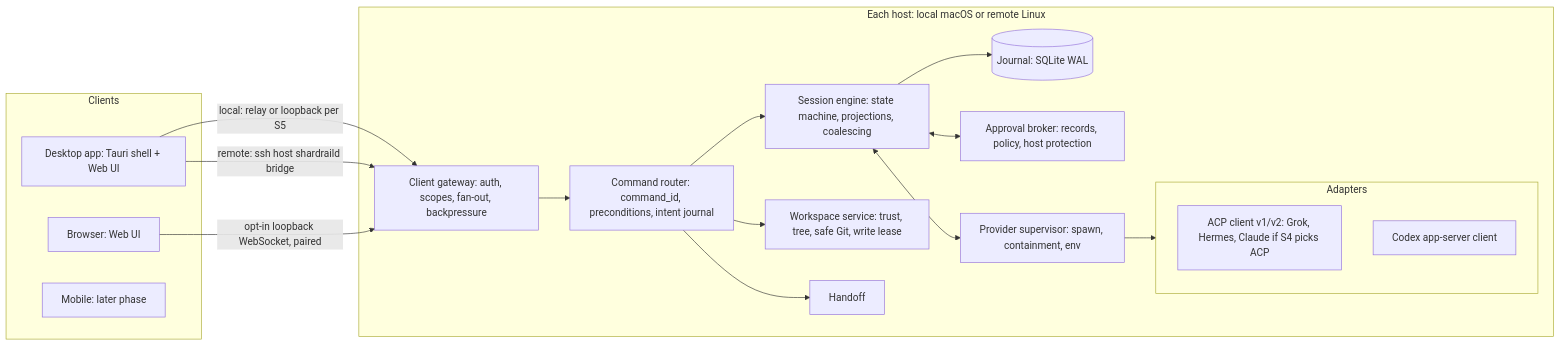
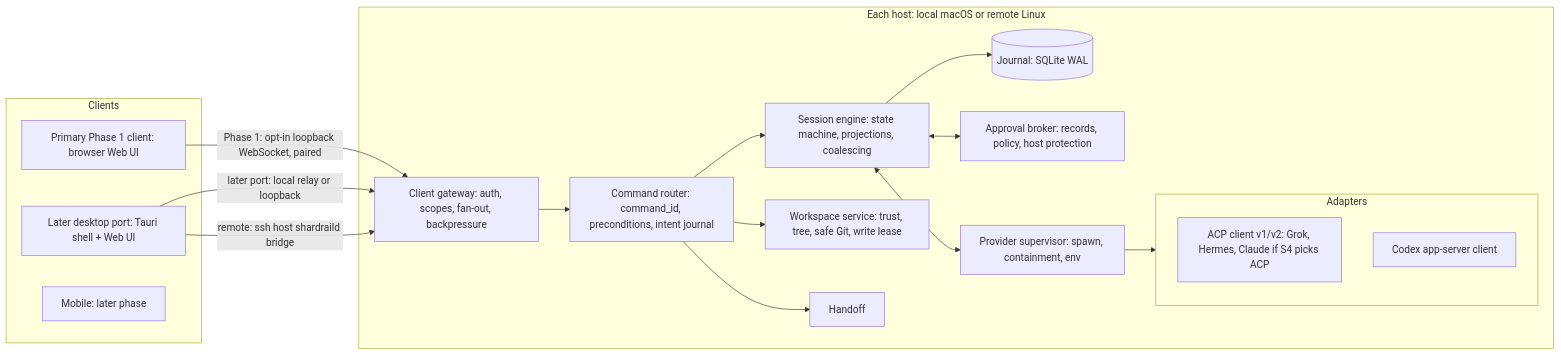
The diagram in planning/02-architecture.md (ForkHorizon/Shardrail), drawn with Mermaid before and after one commit. The commit also changed other lines of this file and 9 other files, not shown here.

Commit message:
docs: plan browser-first Phase 1

````diff
--- a/planning/02-architecture.md
+++ b/planning/02-architecture.md
@@ -10,31 +11,31 @@
 ```mermaid
 flowchart LR
   subgraph clients [Clients]
-    Desk[Desktop app: Tauri shell + Web UI]
-    Brw[Browser: Web UI]
+    Brw[Primary Phase 1 client: browser Web UI]
+    Desk[Later desktop port: Tauri shell + Web UI]
     Mob[Mobile: later phase]
   end
   subgraph host [Each host: local macOS or remote Linux]
     GW[Client gateway: auth, scopes, fan-out, backpressure]
     CMD[Command router: command_id, preconditions, intent journal]
     SES[Session engine: state machine, projections, coalescing]
     JR[(Journal: SQLite WAL)]
     APB[Approval broker: records, policy, host protection]
     SUP[Provider supervisor: spawn, containment, env]
     WS[Workspace service: trust, tree, safe Git, write lease]
     HO[Handoff]
     subgraph adapters [Adapters]
       ACP[ACP client v1/v2: Grok, Hermes, Claude if S4 picks ACP]
       CDX[Codex app-server client]
     end
   end
-  Desk -- local: relay or loopback per S5 --> GW
+  Brw -- Phase 1: opt-in loopback WebSocket, paired --> GW
+  Desk -- later port: local relay or loopback --> GW
   Desk -- remote: ssh host shardraild bridge --> GW
-  Brw -- opt-in loopback WebSocket, paired --> GW
   GW --> CMD --> SES
   SES --> JR
   SES <--> APB
   SES <--> SUP --> adapters
   CMD --> WS
   CMD --> HO
 ```
````
